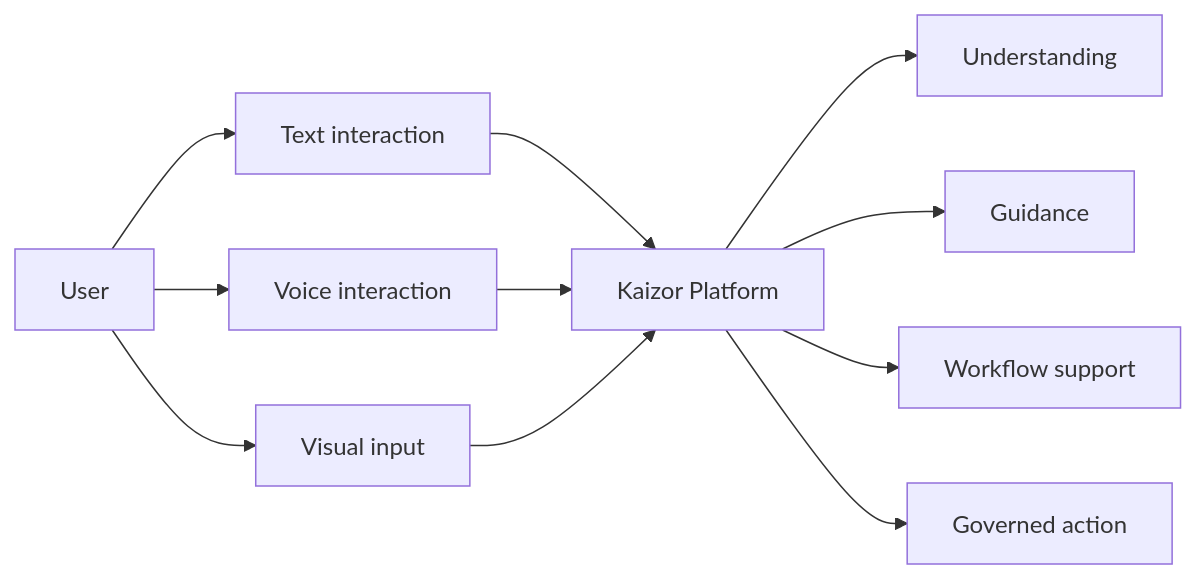
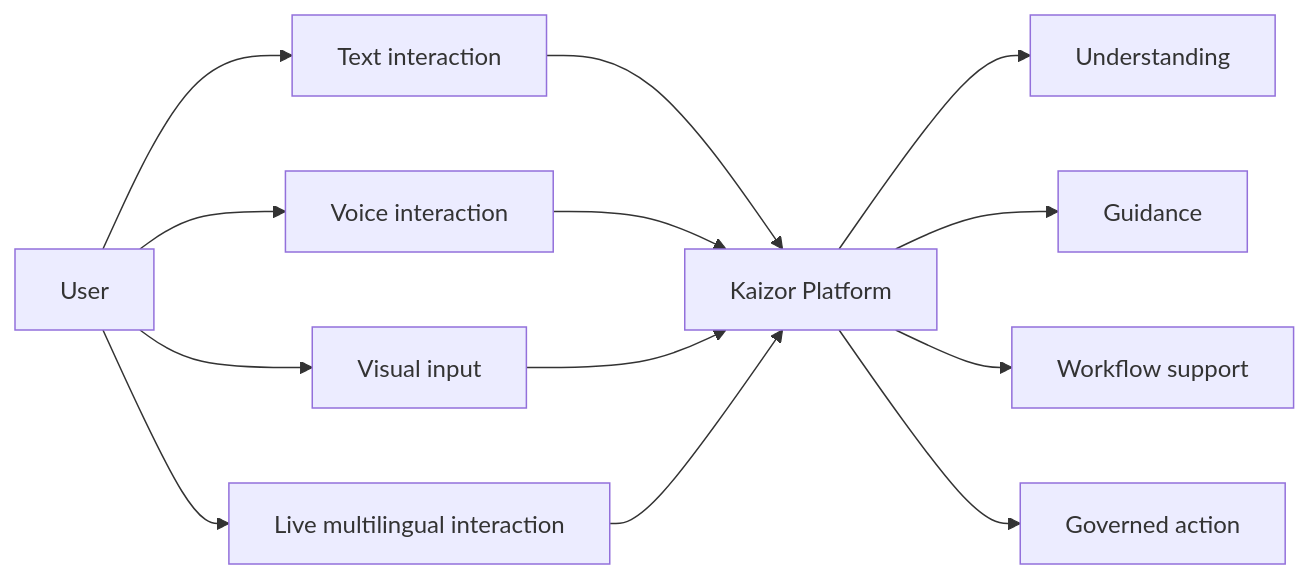
One commit to AhmedMira/kaizor-trial-release changed the third of 7 diagrams in KAIZOR_PLATFORM_README.md. Above: the diagram before and after it, drawn with Mermaid. The commit also changed other lines of this file, not shown here.

````diff
--- a/KAIZOR_PLATFORM_README.md
+++ b/KAIZOR_PLATFORM_README.md
@@ -399,15 +450,17 @@
 ```mermaid
 flowchart LR
   U[User] --> T[Text interaction]
   U --> V[Voice interaction]
   U --> I[Visual input]
+  U --> L[Live multilingual interaction]
 
   T --> K[Kaizor Platform]
   V --> K
   I --> K
+  L --> K
 
   K --> O1[Understanding]
   K --> O2[Guidance]
   K --> O3[Workflow support]
   K --> O4[Governed action]
 ```
````
